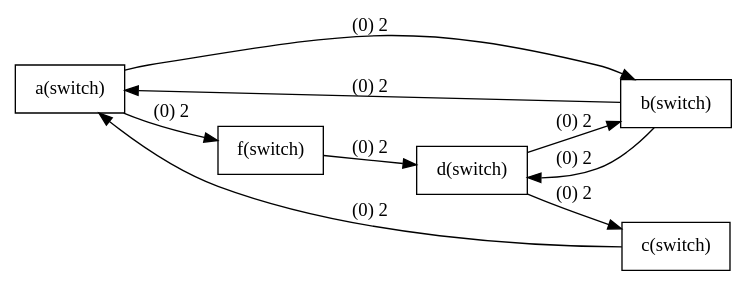
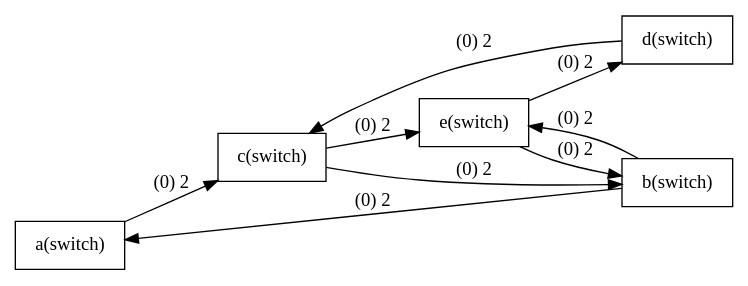
One commit to supergotenks/2019-spring-gt changed the diagram in Euler_Path.dot. Above: the diagram before and after it, drawn with Graphviz. The commit also changed 2 other files, not shown here.

```diff
--- a/Euler_Path.dot
+++ b/Euler_Path.dot
@@ -1,30 +1,30 @@
 digraph G{
 rankdir=LR;
 node [shape=record];
 
 a [label="a(switch)"];
-f [label="f(switch)"];
-a->f[label="(0) 2"];
-f [label="f(switch)"];
+c [label="c(switch)"];
+a->c[label="(0) 2"];
+c [label="c(switch)"];
+e [label="e(switch)"];
+c->e[label="(0) 2"];
+e [label="e(switch)"];
+b [label="b(switch)"];
+e->b[label="(0) 2"];
+b [label="b(switch)"];
+e [label="e(switch)"];
+b->e[label="(0) 2"];
+e [label="e(switch)"];
 d [label="d(switch)"];
-f->d[label="(0) 2"];
-d [label="d(switch)"];
-b [label="b(switch)"];
-d->b[label="(0) 2"];
-b [label="b(switch)"];
-d [label="d(switch)"];
-b->d[label="(0) 2"];
+e->d[label="(0) 2"];
 d [label="d(switch)"];
 c [label="c(switch)"];
 d->c[label="(0) 2"];
 c [label="c(switch)"];
-a [label="a(switch)"];
-c->a[label="(0) 2"];
-a [label="a(switch)"];
 b [label="b(switch)"];
-a->b[label="(0) 2"];
+c->b[label="(0) 2"];
 b [label="b(switch)"];
 a [label="a(switch)"];
 b->a[label="(0) 2"];
 
 }
```
